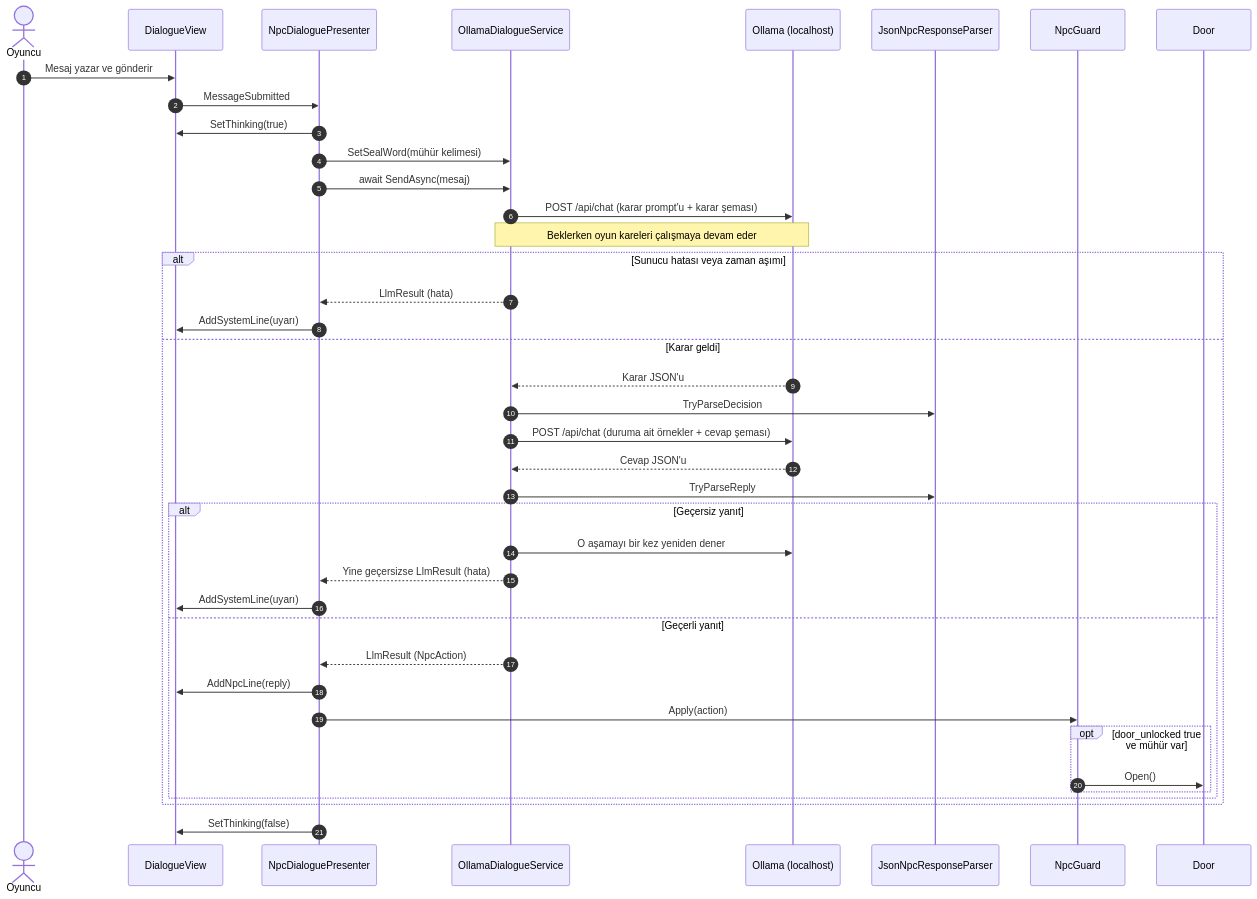
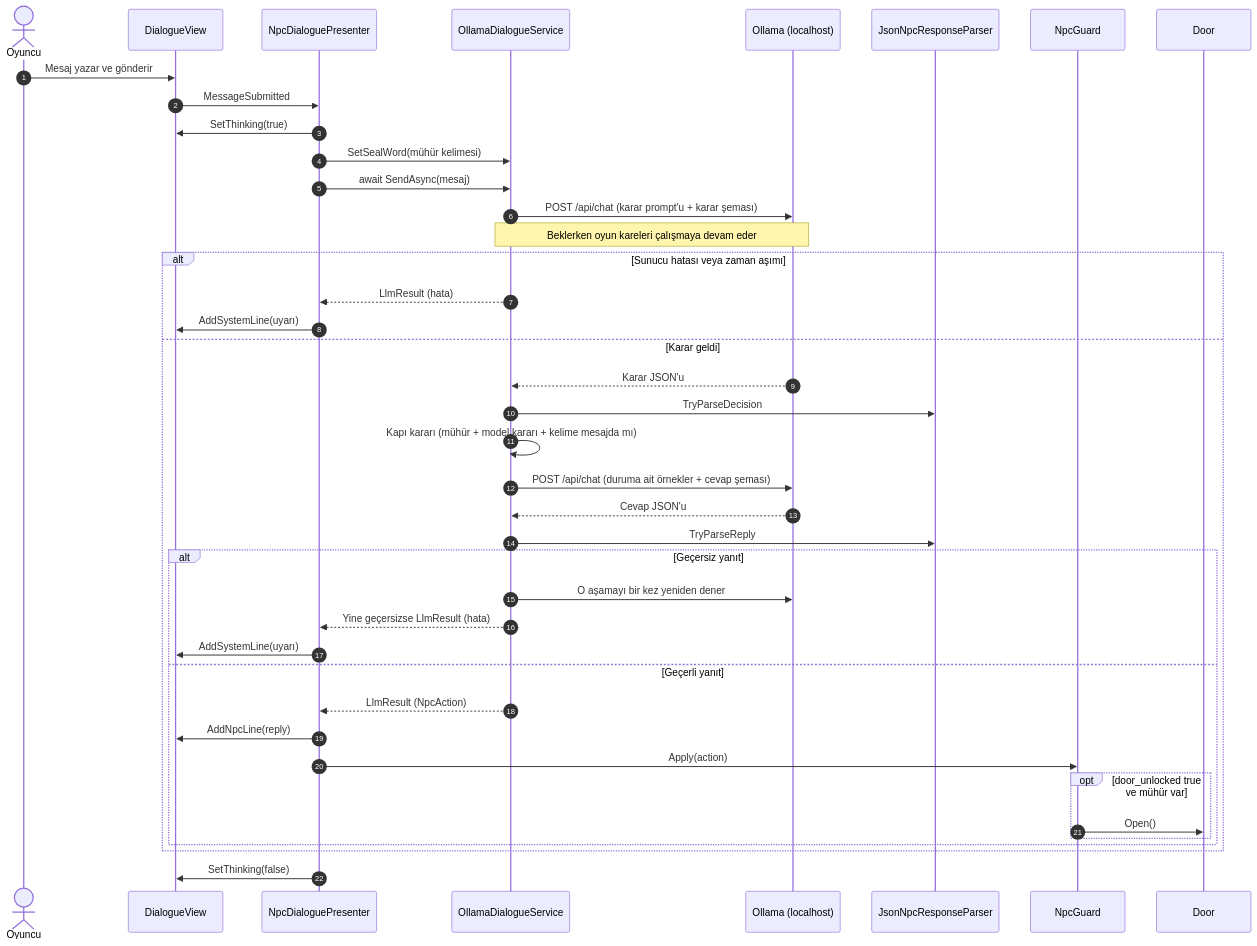
Before and after one commit to serifealeynaon/YazLab1-Proje1: the fourth of 4 diagrams in README.md, drawn with Mermaid. The commit also changed other lines of this file and 9 other files, not shown here.

````diff
--- a/README.md
+++ b/README.md
@@ -260,43 +260,44 @@
 ```mermaid
 sequenceDiagram
     autonumber
     actor Oyuncu
     participant View as DialogueView
     participant Presenter as NpcDialoguePresenter
     participant Service as OllamaDialogueService
     participant Ollama as Ollama (localhost)
     participant Parser as JsonNpcResponseParser
     participant Guard as NpcGuard
     participant Door as Door
 
     Oyuncu->>View: Mesaj yazar ve gönderir
     View->>Presenter: MessageSubmitted
     Presenter->>View: SetThinking(true)
     Presenter->>Service: SetSealWord(mühür kelimesi)
     Presenter->>Service: await SendAsync(mesaj)
     Service->>Ollama: POST /api/chat (karar prompt'u + karar şeması)
     Note over Service,Ollama: Beklerken oyun kareleri çalışmaya devam eder
     alt Sunucu hatası veya zaman aşımı
         Service-->>Presenter: LlmResult (hata)
         Presenter->>View: AddSystemLine(uyarı)
     else Karar geldi
         Ollama-->>Service: Karar JSON'u
         Service->>Parser: TryParseDecision
+        Service->>Service: Kapı kararı (mühür + model kararı + kelime mesajda mı)
         Service->>Ollama: POST /api/chat (duruma ait örnekler + cevap şeması)
         Ollama-->>Service: Cevap JSON'u
         Service->>Parser: TryParseReply
         alt Geçersiz yanıt
             Service->>Ollama: O aşamayı bir kez yeniden dener
             Service-->>Presenter: Yine geçersizse LlmResult (hata)
             Presenter->>View: AddSystemLine(uyarı)
         else Geçerli yanıt
             Service-->>Presenter: LlmResult (NpcAction)
             Presenter->>View: AddNpcLine(reply)
             Presenter->>Guard: Apply(action)
             opt door_unlocked true ve mühür var
                 Guard->>Door: Open()
             end
         end
     end
     Presenter->>View: SetThinking(false)
 ```
````
